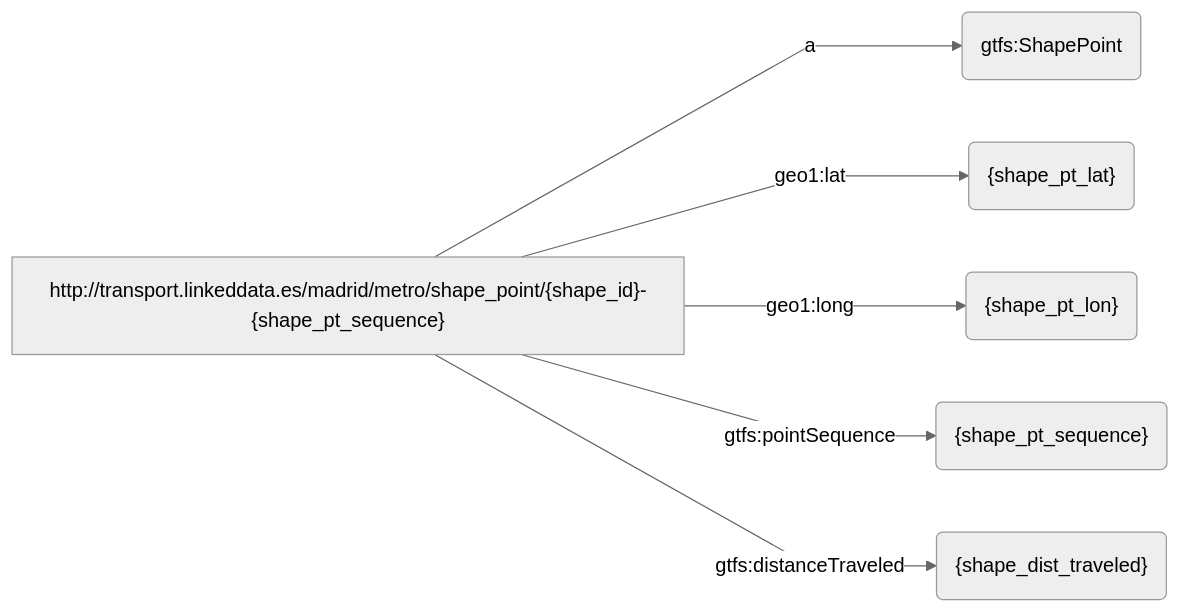
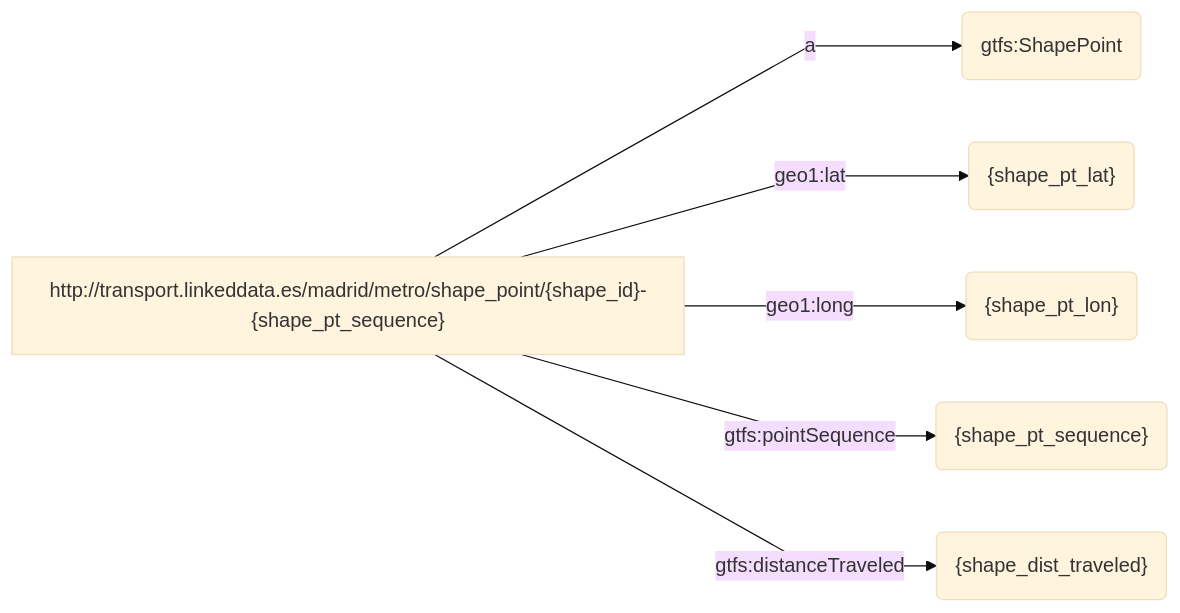
Before and after one commit to oeg-upm/rmldoc: the first of 25 diagrams in test/author/author.md, drawn with Mermaid.

````diff
--- a/test/author/author.md
+++ b/test/author/author.md
@@ -65,10 +65,10 @@
 ```mermaid
-%%{ init : { "theme" : "neutral", "flowchart" : { "curve" : "linear" }}}%%
+%%{ init : { "theme" : "base", "flowchart" : { "curve" : "linear" }}}%%
 flowchart LR
 S["http://transport.linkeddata.es/madrid/metro/shape_point/{shape_id}-{shape_pt_sequence}"] -->|"a"| object1("gtfs:ShapePoint")
 S["http://transport.linkeddata.es/madrid/metro/shape_point/{shape_id}-{shape_pt_sequence}"] -->|"geo1:lat"| object2("{shape_pt_lat}")
 S["http://transport.linkeddata.es/madrid/metro/shape_point/{shape_id}-{shape_pt_sequence}"] -->|"geo1:long"| object3("{shape_pt_lon}")
 S["http://transport.linkeddata.es/madrid/metro/shape_point/{shape_id}-{shape_pt_sequence}"] -->|"gtfs:pointSequence"| object4("{shape_pt_sequence}")
 S["http://transport.linkeddata.es/madrid/metro/shape_point/{shape_id}-{shape_pt_sequence}"] -->|"gtfs:distanceTraveled"| object5("{shape_dist_traveled}")
     
 ``` 
````
